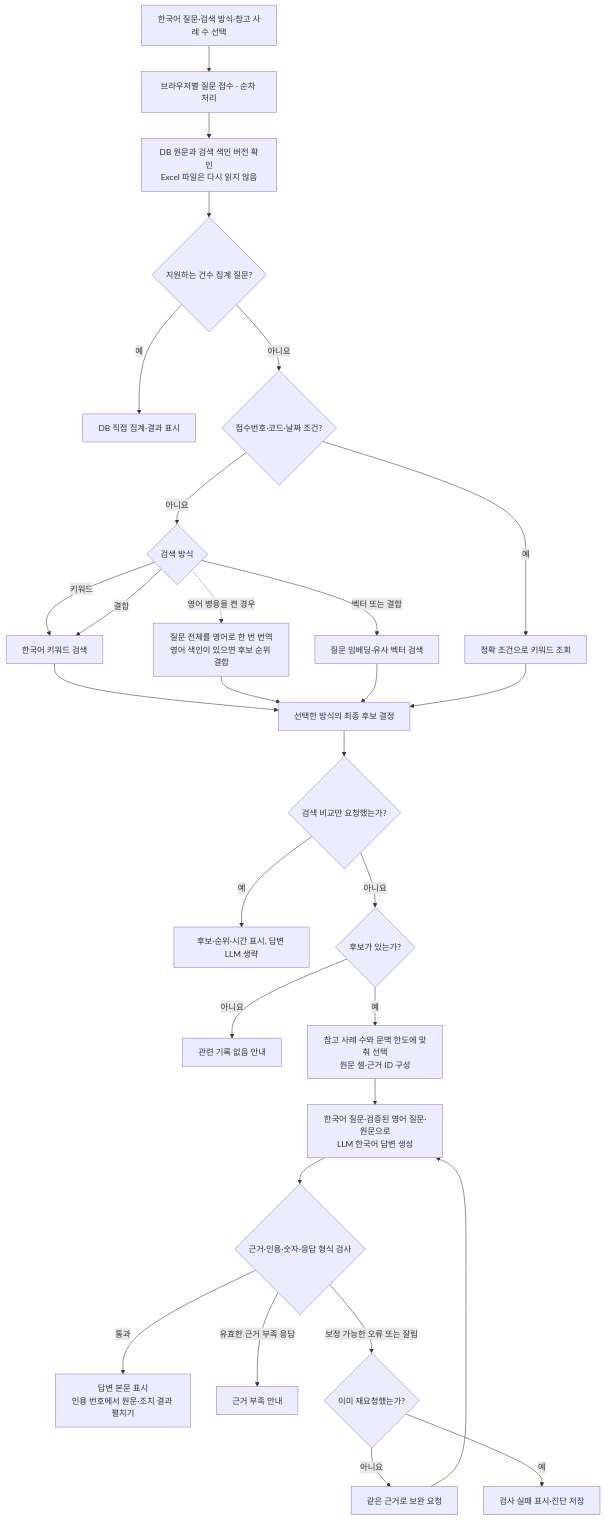
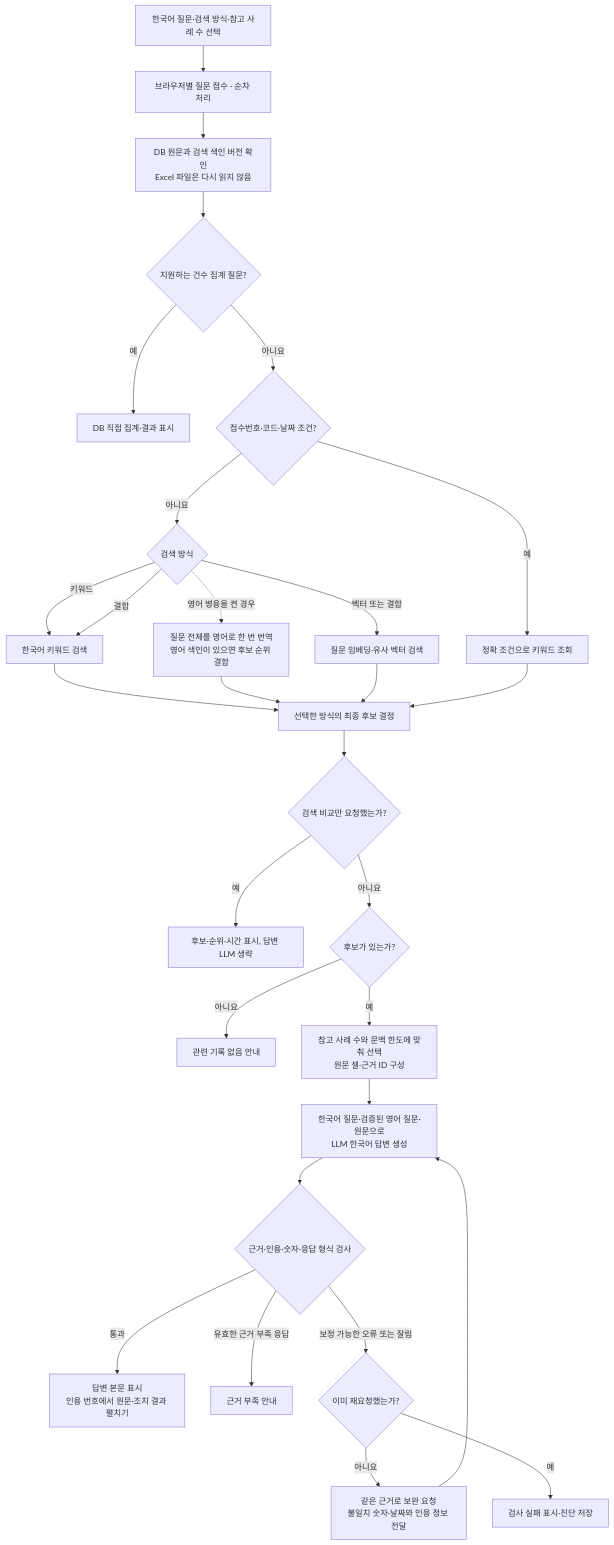
The fifth of 15 diagrams in docs/전체-프로그램-플로우.md (pmh10401/cs-excel-rag), drawn with Mermaid before and after one commit. The commit also changed other lines of this file and 9 other files, not shown here.

````diff
--- a/docs/전체-프로그램-플로우.md
+++ b/docs/전체-프로그램-플로우.md
@@ -184,31 +184,31 @@
 ```mermaid
 flowchart TD
     A[한국어 질문·검색 방식·참고 사례 수 선택] --> QUEUE[브라우저별 질문 접수 · 순차 처리]
     QUEUE --> B[DB 원문과 검색 색인 버전 확인<br/>Excel 파일은 다시 읽지 않음]
     B --> C{지원하는 건수 집계 질문?}
     C -->|예| D[DB 직접 집계·결과 표시]
     C -->|아니요| E{접수번호·코드·날짜 조건?}
     E -->|예| EXACT[정확 조건으로 키워드 조회]
     E -->|아니요| MODE{검색 방식}
     MODE -->|키워드| KO[한국어 키워드 검색]
     MODE -->|결합| KO
     MODE -->|벡터 또는 결합| EMB[질문 임베딩·유사 벡터 검색]
     MODE -. 영어 병용을 켠 경우 .-> EN[질문 전체를 영어로 한 번 번역<br/>영어 색인이 있으면 후보 순위 결합]
     KO --> RANK[선택한 방식의 최종 후보 결정]
     EN --> RANK
     EMB --> RANK
     EXACT --> RANK
     RANK --> COMPARE{검색 비교만 요청했는가?}
     COMPARE -->|예| TABLE[후보·순위·시간 표시, 답변 LLM 생략]
     COMPARE -->|아니요| FOUND{후보가 있는가?}
     FOUND -->|아니요| NO[관련 기록 없음 안내]
     FOUND -->|예| CONTEXT[참고 사례 수와 문맥 한도에 맞춰 선택<br/>원문 셀·근거 ID 구성]
     CONTEXT --> CALL[한국어 질문·검증된 영어 질문·원문으로<br/>LLM 한국어 답변 생성]
     CALL --> VALID{근거·인용·숫자·응답 형식 검사}
     VALID -->|통과| OK[답변 본문 표시<br/>인용 번호에서 원문·조치 결과 펼치기]
     VALID -->|유효한 근거 부족 응답| LACK[근거 부족 안내]
     VALID -->|보정 가능한 오류 또는 잘림| LIMIT{이미 재요청했는가?}
-    LIMIT -->|아니요| RETRY[같은 근거로 보완 요청]
+    LIMIT -->|아니요| RETRY[같은 근거로 보완 요청<br/>불일치 숫자·날짜와 인용 정보 전달]
     RETRY --> CALL
     LIMIT -->|예| ERROR[검사 실패 표시·진단 저장]
 ```
````
